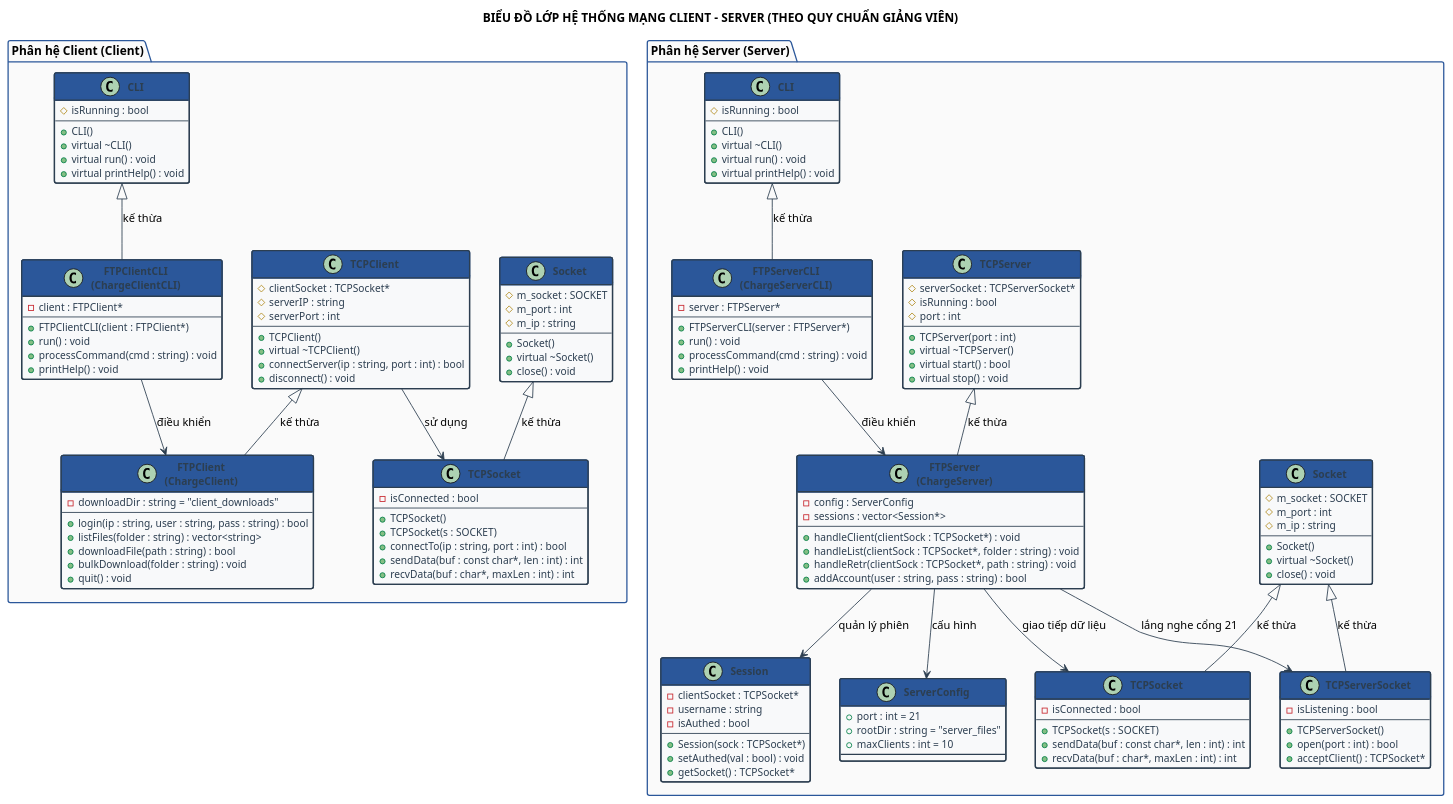
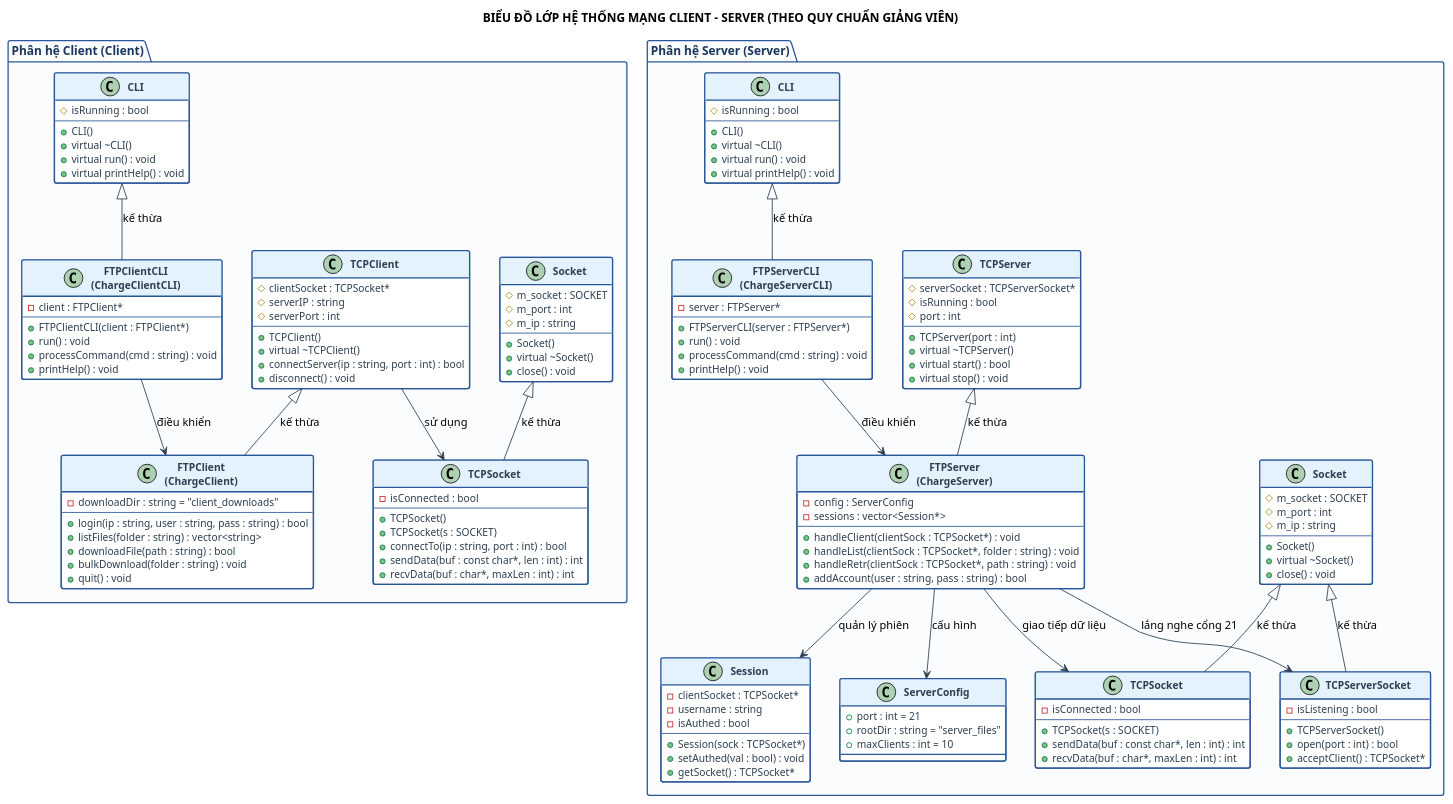
The diagram in docs/BieuDoLop_YeuCauCuaThay.puml (leminhtuk69huce-bit/DoAnLTMHT), drawn with PlantUML before and after one commit.

Commit message:
style: change class header to light blue for clear readability

```diff
--- a/docs/BieuDoLop_YeuCauCuaThay.puml
+++ b/docs/BieuDoLop_YeuCauCuaThay.puml
@@ -1,197 +1,198 @@
 @startuml
 skinparam defaultFontName "Times New Roman"
 skinparam classFontSize 13
 skinparam classAttributeFontSize 12
 skinparam packageFontSize 14
 skinparam roundCorner 5
 skinparam shadowing false
 skinparam classFontStyle bold
 
 skinparam package {
     BorderColor #2B579A
     BorderThickness 1.5
     FontSize 14
     FontStyle bold
-    BackgroundColor #FAFAFA
+    BackgroundColor #FAFCFE
+    FontColor #1B365D
 }
 
 skinparam class {
-    BackgroundColor #F8F9FA
+    BackgroundColor #FFFFFF
     ArrowColor #2C3E50
-    BorderColor #2C3E50
+    BorderColor #2B579A
     BorderThickness 1.5
-    HeaderBackgroundColor #2B579A
-    FontColor #FFFFFF
+    HeaderBackgroundColor #E3F2FD
+    FontColor #0D47A1
     AttributeFontColor #2C3E50
     AttributeFontSize 12
 }
 
 title BIỂU ĐỒ LỚP HỆ THỐNG MẠNG CLIENT - SERVER (THEO QUY CHUẨN GIẢNG VIÊN)
 
 ' ========================================================
 ' PHÂN HỆ CLIENT
 ' ========================================================
 package "Phân hệ Client (Client)" {
     class Socket as "Socket" {
         # m_socket : SOCKET
         # m_port : int
         # m_ip : string
         --
         + Socket()
         + virtual ~Socket()
         + close() : void
     }
 
     class TCPSocket as "TCPSocket" {
         - isConnected : bool
         --
         + TCPSocket()
         + TCPSocket(s : SOCKET)
         + connectTo(ip : string, port : int) : bool
         + sendData(buf : const char*, len : int) : int
         + recvData(buf : char*, maxLen : int) : int
     }
 
     class TCPClient as "TCPClient" {
         # clientSocket : TCPSocket*
         # serverIP : string
         # serverPort : int
         --
         + TCPClient()
         + virtual ~TCPClient()
         + connectServer(ip : string, port : int) : bool
         + disconnect() : void
     }
 
     class ChargeClient as "FTPClient\n(ChargeClient)" {
         - downloadDir : string = "client_downloads"
         --
         + login(ip : string, user : string, pass : string) : bool
         + listFiles(folder : string) : vector<string>
         + downloadFile(path : string) : bool
         + bulkDownload(folder : string) : void
         + quit() : void
     }
 
     class CLI as "CLI" {
         # isRunning : bool
         --
         + CLI()
         + virtual ~CLI()
         + virtual run() : void
         + virtual printHelp() : void
     }
 
     class ChargeClientCLI as "FTPClientCLI\n(ChargeClientCLI)" {
         - client : FTPClient*
         --
         + FTPClientCLI(client : FTPClient*)
         + run() : void
         + processCommand(cmd : string) : void
         + printHelp() : void
     }
 
     Socket <|-- TCPSocket : kế thừa
     TCPClient --> TCPSocket : sử dụng
     TCPClient <|-- ChargeClient : kế thừa
     CLI <|-- ChargeClientCLI : kế thừa
     ChargeClientCLI --> ChargeClient : điều khiển
 }
 
 ' ========================================================
 ' PHÂN HỆ SERVER
 ' ========================================================
 package "Phân hệ Server (Server)" {
     class ServerSocketBase as "Socket" {
         # m_socket : SOCKET
         # m_port : int
         # m_ip : string
         --
         + Socket()
         + virtual ~Socket()
         + close() : void
     }
 
     class ServerTCPSocket as "TCPSocket" {
         - isConnected : bool
         --
         + TCPSocket(s : SOCKET)
         + sendData(buf : const char*, len : int) : int
         + recvData(buf : char*, maxLen : int) : int
     }
 
     class TCPServerSocket as "TCPServerSocket" {
         - isListening : bool
         --
         + TCPServerSocket()
         + open(port : int) : bool
         + acceptClient() : TCPSocket*
     }
 
     class TCPServer as "TCPServer" {
         # serverSocket : TCPServerSocket*
         # isRunning : bool
         # port : int
         --
         + TCPServer(port : int)
         + virtual ~TCPServer()
         + virtual start() : bool
         + virtual stop() : void
     }
 
     class ChargeServer as "FTPServer\n(ChargeServer)" {
         - config : ServerConfig
         - sessions : vector<Session*>
         --
         + handleClient(clientSock : TCPSocket*) : void
         + handleList(clientSock : TCPSocket*, folder : string) : void
         + handleRetr(clientSock : TCPSocket*, path : string) : void
         + addAccount(user : string, pass : string) : bool
     }
 
     class ServerCLI as "CLI" {
         # isRunning : bool
         --
         + CLI()
         + virtual ~CLI()
         + virtual run() : void
         + virtual printHelp() : void
     }
 
     class ChargeServerCLI as "FTPServerCLI\n(ChargeServerCLI)" {
         - server : FTPServer*
         --
         + FTPServerCLI(server : FTPServer*)
         + run() : void
         + processCommand(cmd : string) : void
         + printHelp() : void
     }
 
     class Session as "Session" {
         - clientSocket : TCPSocket*
         - username : string
         - isAuthed : bool
         --
         + Session(sock : TCPSocket*)
         + setAuthed(val : bool) : void
         + getSocket() : TCPSocket*
     }
 
     class ServerConfig as "ServerConfig" {
         + port : int = 21
         + rootDir : string = "server_files"
         + maxClients : int = 10
     }
 
     ServerSocketBase <|-- ServerTCPSocket : kế thừa
     ServerSocketBase <|-- TCPServerSocket : kế thừa
     TCPServer <|-- ChargeServer : kế thừa
     ChargeServer --> TCPServerSocket : lắng nghe cổng 21
     ChargeServer --> ServerTCPSocket : giao tiếp dữ liệu
     ChargeServer --> Session : quản lý phiên
     ChargeServer --> ServerConfig : cấu hình
     ServerCLI <|-- ChargeServerCLI : kế thừa
     ChargeServerCLI --> ChargeServer : điều khiển
 }
 
 @enduml
```
